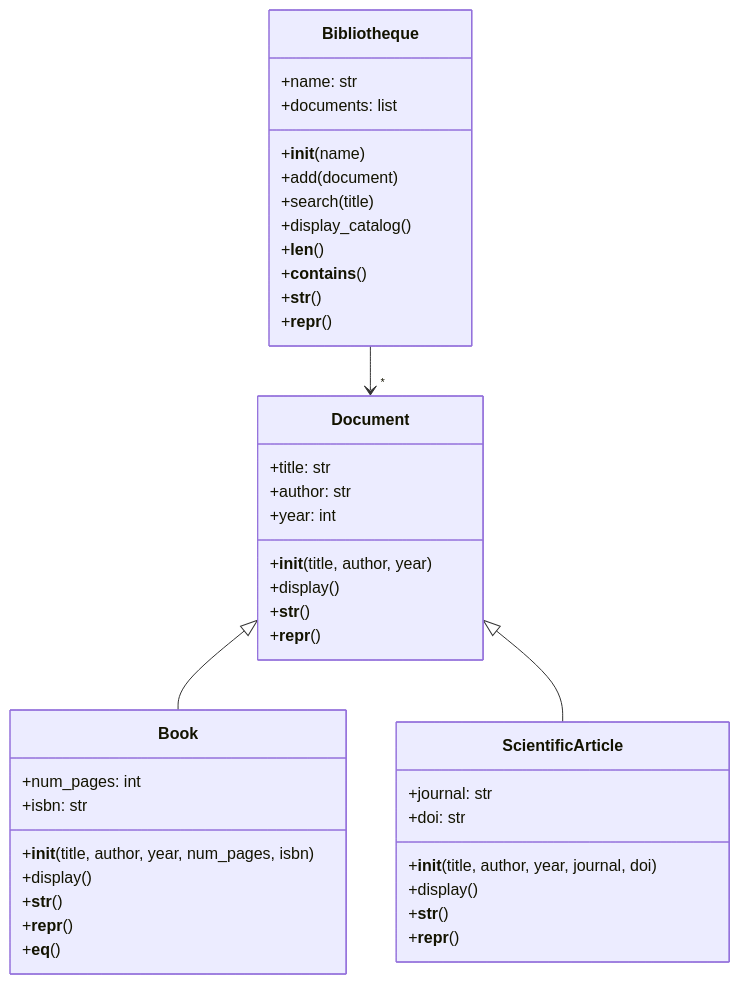
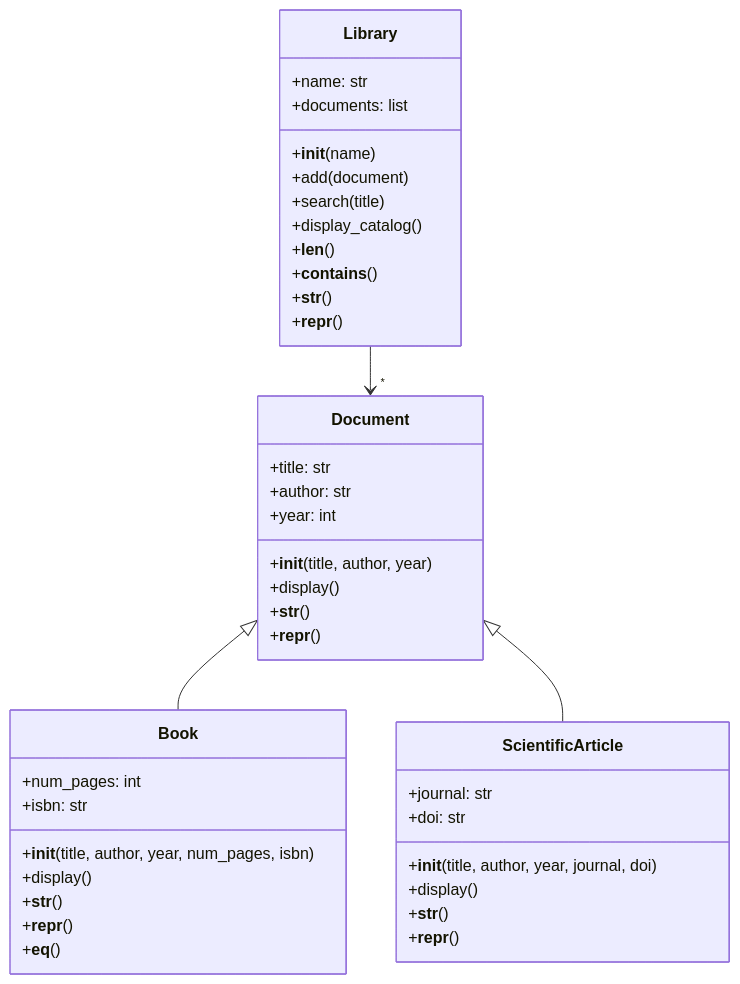
Before and after one commit to Lagmouchyoussef/Python-Practical-Works: the fifth of 5 diagrams in README.md, drawn with Mermaid. The commit also changed other lines of this file, not shown here.

````diff
--- a/README.md
+++ b/README.md
@@ -360,48 +502,48 @@
 ```mermaid
 classDiagram
     class Document {
         +title: str
         +author: str
         +year: int
         +__init__(title, author, year)
         +display()
         +__str__()
         +__repr__()
     }
     
     class Book {
         +num_pages: int
         +isbn: str
         +__init__(title, author, year, num_pages, isbn)
         +display()
         +__str__()
         +__repr__()
         +__eq__()
     }
     
     class ScientificArticle {
         +journal: str
         +doi: str
         +__init__(title, author, year, journal, doi)
         +display()
         +__str__()
         +__repr__()
     }
     
-    class Bibliotheque {
+    class Library {
         +name: str
         +documents: list
         +__init__(name)
         +add(document)
         +search(title)
         +display_catalog()
         +__len__()
         +__contains__()
         +__str__()
         +__repr__()
     }
     
     Document <|-- Book
     Document <|-- ScientificArticle
-    Bibliotheque --> "*" Document
+    Library --> "*" Document
 ```
````
